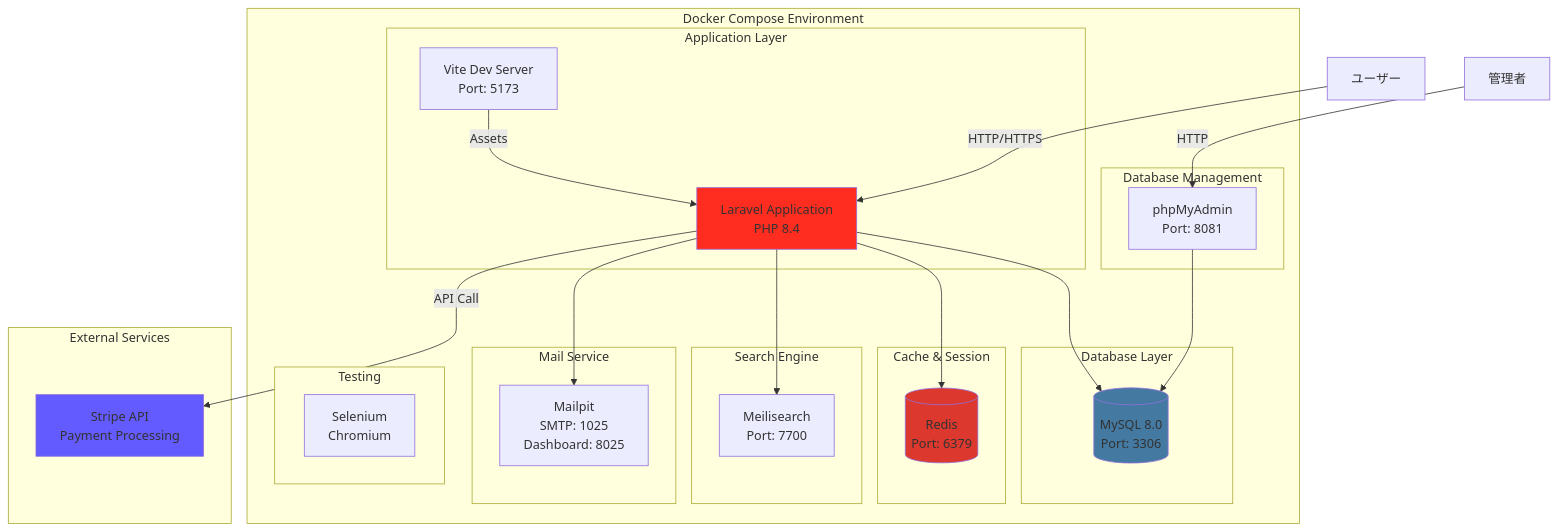
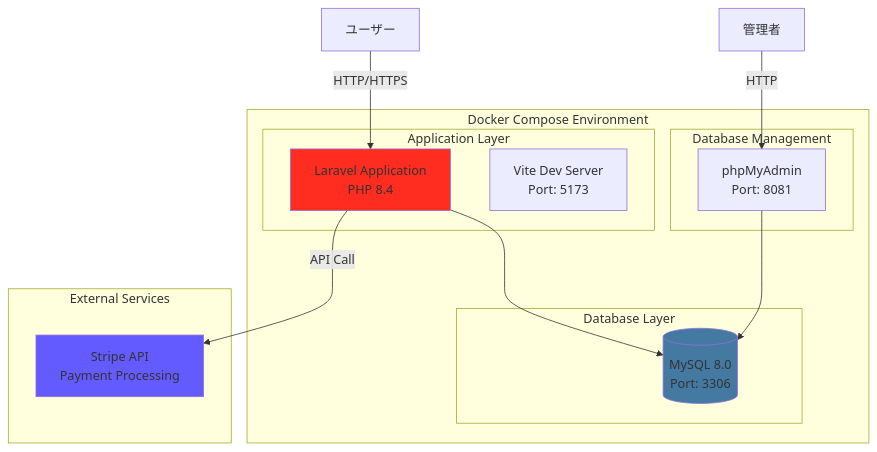
The second of 2 diagrams in README.md (NNNNTTT/ec-site), drawn with Mermaid before and after one commit.

Commit message:
251213 READMEファイルの変更

````diff
--- a/README.md
+++ b/README.md
@@ -290,52 +290,32 @@
 ```mermaid
 graph TB
     subgraph "Docker Compose Environment"
         subgraph "Application Layer"
             Laravel[Laravel Application<br/>PHP 8.4]
             Vite[Vite Dev Server<br/>Port: 5173]
         end
         
         subgraph "Database Layer"
             MySQL[(MySQL 8.0<br/>Port: 3306)]
         end
         
-        subgraph "Cache & Session"
-            Redis[(Redis<br/>Port: 6379)]
-        end
-        
-        subgraph "Search Engine"
-            Meilisearch[Meilisearch<br/>Port: 7700]
-        end
-        
-        subgraph "Mail Service"
-            Mailpit[Mailpit<br/>SMTP: 1025<br/>Dashboard: 8025]
-        end
-        
         subgraph "Database Management"
             phpMyAdmin[phpMyAdmin<br/>Port: 8081]
         end
         
-        subgraph "Testing"
-            Selenium[Selenium<br/>Chromium]
-        end
     end
     
     subgraph "External Services"
         Stripe[Stripe API<br/>Payment Processing]
     end
     
     User[ユーザー] -->|HTTP/HTTPS| Laravel
     Laravel --> MySQL
-    Laravel --> Redis
-    Laravel --> Meilisearch
-    Laravel --> Mailpit
     Laravel -->|API Call| Stripe
-    Vite -->|Assets| Laravel
     Admin[管理者] -->|HTTP| phpMyAdmin
     phpMyAdmin --> MySQL
     
     style Laravel fill:#ff2d20
     style MySQL fill:#4479a1
-    style Redis fill:#dc382d
     style Stripe fill:#635bff
 ```
````
